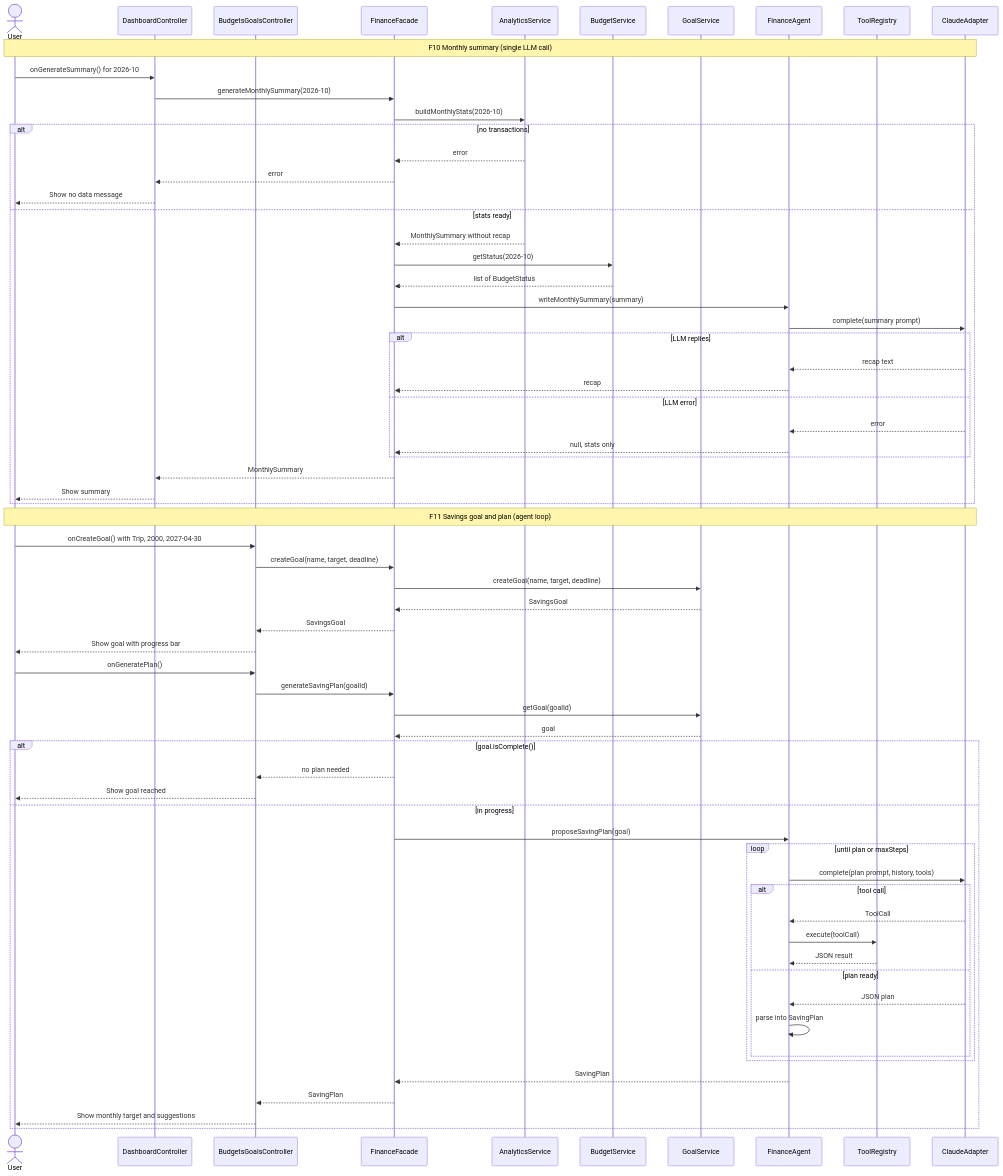
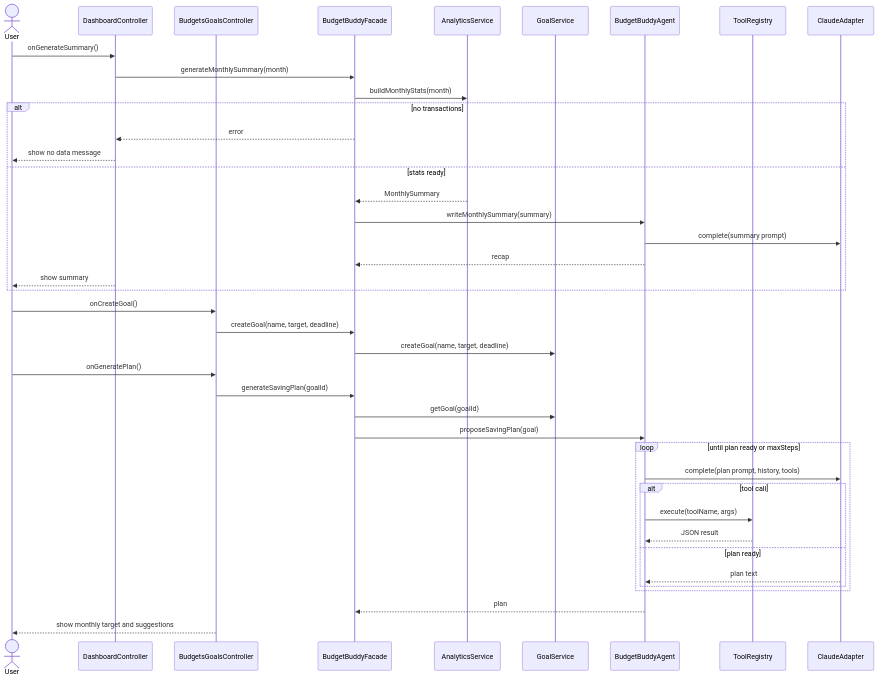
Diagram 11 of 11 in docs/Stage1_Report.md (Abdi238/EECS3311-course-project), drawn with Mermaid before and after one commit. The commit also changed other lines of this file, not shown here.

````diff
--- a/docs/Stage1_Report.md
+++ b/docs/Stage1_Report.md
@@ -1305,70 +1067,43 @@
 ```mermaid
 sequenceDiagram
     actor U as User
     participant DC as DashboardController
     participant BC as BudgetsGoalsController
-    participant F as FinanceFacade
+    participant F as BudgetBuddyFacade
     participant AN as AnalyticsService
-    participant BS as BudgetService
     participant GS as GoalService
-    participant A as FinanceAgent
+    participant A as BudgetBuddyAgent
     participant TG as ToolRegistry
     participant LLM as ClaudeAdapter
-
-    Note over U,LLM: F10 Monthly summary (single LLM call)
-    U->>DC: onGenerateSummary() for 2026-10
-    DC->>F: generateMonthlySummary(2026-10)
-    F->>AN: buildMonthlyStats(2026-10)
+    U->>DC: onGenerateSummary()
+    DC->>F: generateMonthlySummary(month)
+    F->>AN: buildMonthlyStats(month)
     alt no transactions
-        AN-->>F: error
         F-->>DC: error
-        DC-->>U: Show no data message
+        DC-->>U: show no data message
     else stats ready
-        AN-->>F: MonthlySummary without recap
-        F->>BS: getStatus(2026-10)
-        BS-->>F: list of BudgetStatus
+        AN-->>F: MonthlySummary
         F->>A: writeMonthlySummary(summary)
         A->>LLM: complete(summary prompt)
-        alt LLM replies
-            LLM-->>A: recap text
-            A-->>F: recap
-        else LLM error
-            LLM-->>A: error
-            A-->>F: null, stats only
-        end
-        F-->>DC: MonthlySummary
-        DC-->>U: Show summary
+        A-->>F: recap
+        DC-->>U: show summary
     end
-
-    Note over U,LLM: F11 Savings goal and plan (agent loop)
-    U->>BC: onCreateGoal() with Trip, 2000, 2027-04-30
+    U->>BC: onCreateGoal()
     BC->>F: createGoal(name, target, deadline)
     F->>GS: createGoal(name, target, deadline)
-    GS-->>F: SavingsGoal
-    F-->>BC: SavingsGoal
-    BC-->>U: Show goal with progress bar
     U->>BC: onGeneratePlan()
     BC->>F: generateSavingPlan(goalId)
     F->>GS: getGoal(goalId)
-    GS-->>F: goal
-    alt goal.isComplete()
-        F-->>BC: no plan needed
-        BC-->>U: Show goal reached
-    else in progress
-        F->>A: proposeSavingPlan(goal)
-        loop until plan or maxSteps
-            A->>LLM: complete(plan prompt, history, tools)
-            alt tool call
-                LLM-->>A: ToolCall
-                A->>TG: execute(toolCall)
-                TG-->>A: JSON result
-            else plan ready
-                LLM-->>A: JSON plan
-                A->>A: parse into SavingPlan
-            end
+    F->>A: proposeSavingPlan(goal)
+    loop until plan ready or maxSteps
+        A->>LLM: complete(plan prompt, history, tools)
+        alt tool call
+            A->>TG: execute(toolName, args)
+            TG-->>A: JSON result
+        else plan ready
+            LLM-->>A: plan text
         end
-        A-->>F: SavingPlan
-        F-->>BC: SavingPlan
-        BC-->>U: Show monthly target and suggestions
     end
+    A-->>F: plan
+    BC-->>U: show monthly target and suggestions
 ```
````
